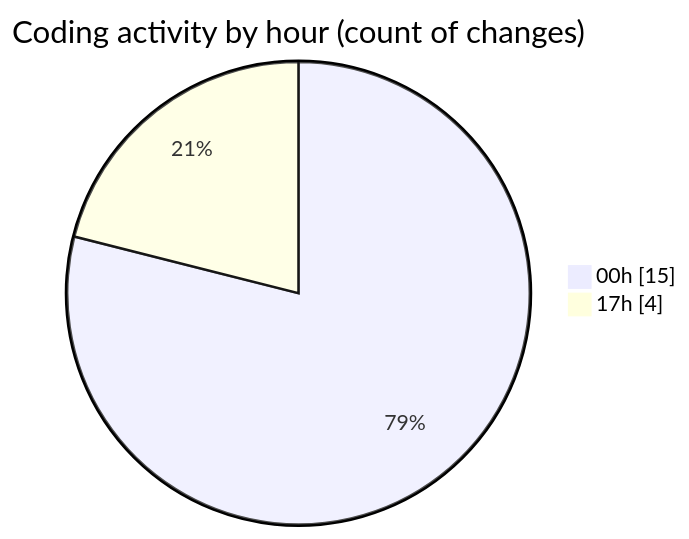
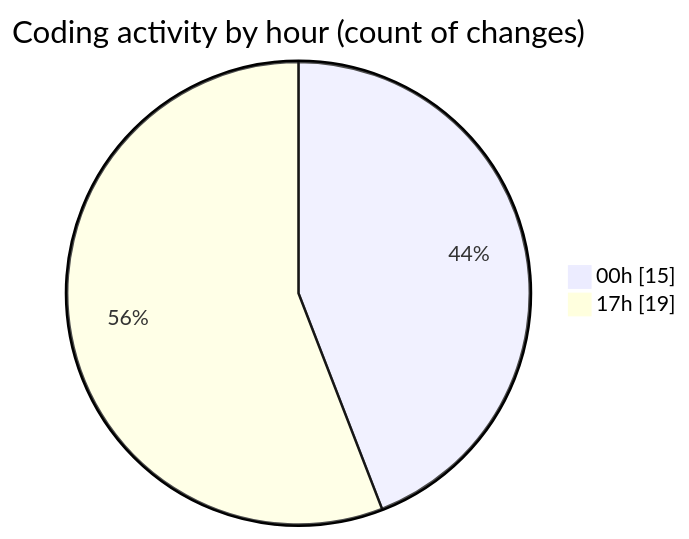
Before and after one commit to Netris89/code-tracking: the second of 2 diagrams in 2025-04-06/echo/README.md, drawn with Mermaid. The commit also changed other lines of this file and 1 other file, not shown here.

````diff
--- a/2025-04-06/echo/README.md
+++ b/2025-04-06/echo/README.md
@@ -37,6 +37,6 @@
 ```mermaid
 pie showData
 title Coding activity by hour (count of changes)
 "00h" : 15
-"17h" : 4
+"17h" : 19
 ```
````
